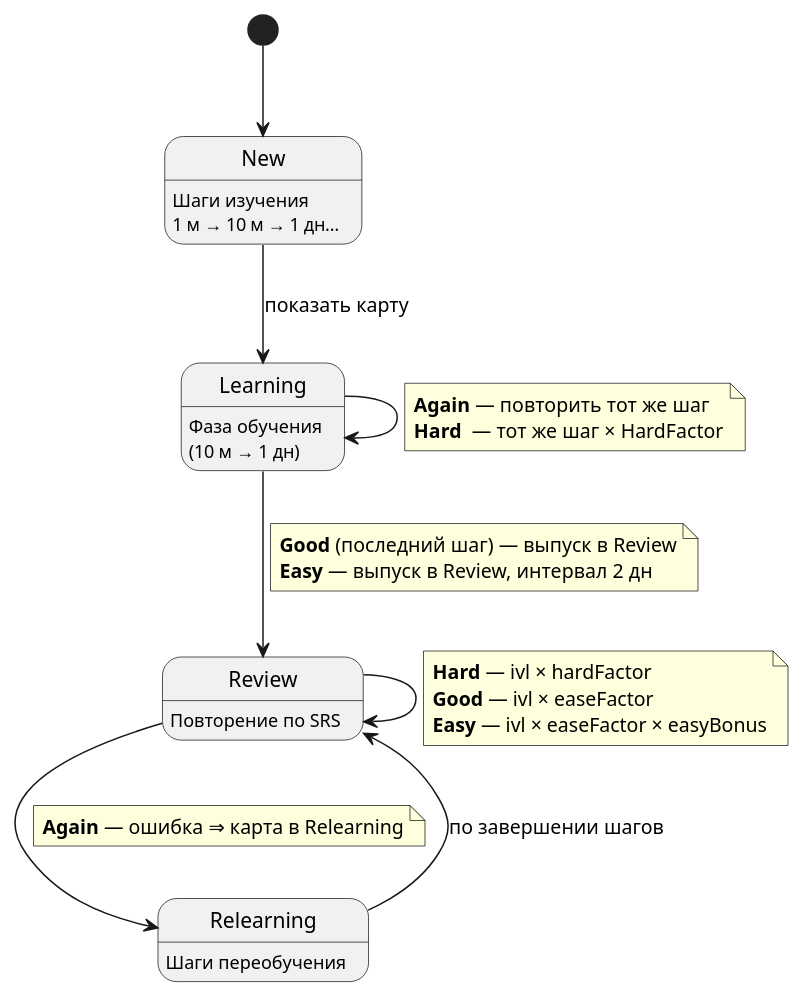
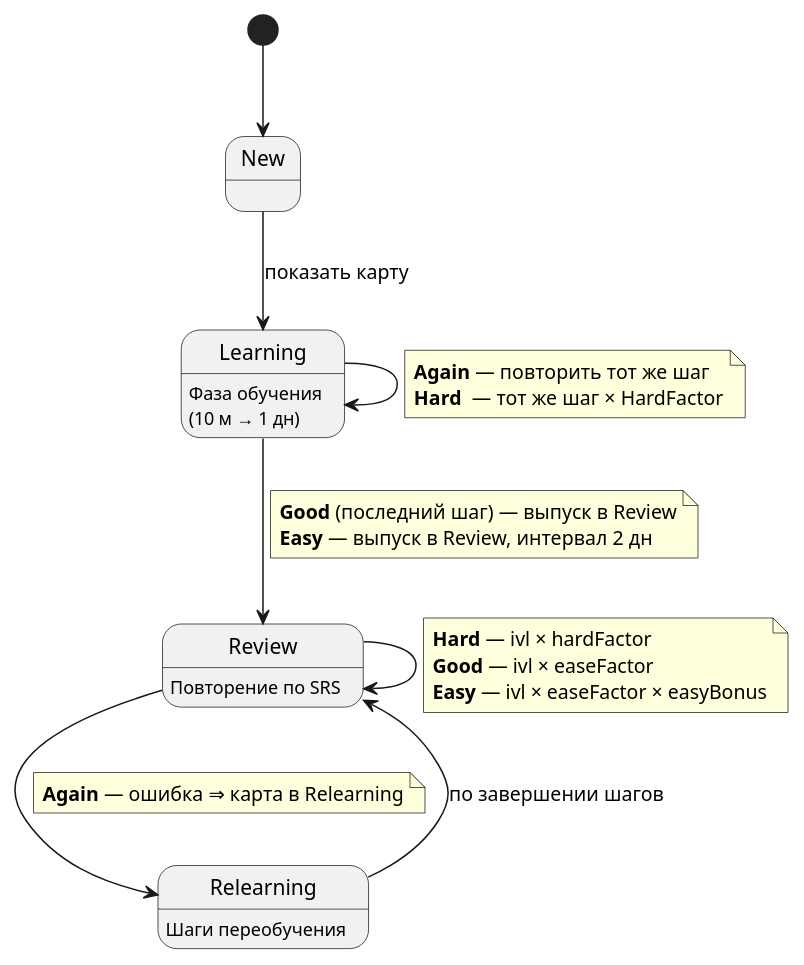
One commit to darik-cell/diplom changed the first of 9 diagrams in flashcards/dgrm.puml. Above: the diagram before and after it, drawn with PlantUML. The commit also changed 8 other files, not shown here.

```diff
--- a/flashcards/dgrm.puml
+++ b/flashcards/dgrm.puml
@@ -1,53 +1,52 @@
 @startuml
 !pragma layout smetana                       ' горизонтальная ориентация
 
 '‑‑‑ Цвета состояний
 skinparam state<<New>>        BackgroundColor LightBlue
 skinparam state<<Learning>>   BackgroundColor LightYellow
 skinparam state<<Review>>     BackgroundColor LightGreen
 skinparam state<<Relearning>> BackgroundColor LightSalmon
 
 [*] --> New
 
 state New <<New>>
-New : Шаги изучения\n1 м → 10 м → 1 дн…
 
 New --> Learning : показать карту
 
 state Learning <<Learning>>
 Learning : Фаза обучения\n(10 м → 1 дн)
 
 ' ——— переходы внутри Learning ———
 Learning --> Learning
 note on link
   **Again** — повторить тот же шаг
   **Hard**  — тот же шаг × HardFactor
 end note
 
 Learning --> Review
 note on link
   **Good** (последний шаг) — выпуск в Review
   **Easy** — выпуск в Review, интервал 2 дн
 end note
 
 state Review <<Review>>
 Review : Повторение по SRS
 
 ' ——— переходы внутри Review ———
 Review --> Review
 note on link
   **Hard** — ivl × hardFactor
   **Good** — ivl × easeFactor
   **Easy** — ivl × easeFactor × easyBonus
 end note
 
 Review --> Relearning
 note on link
   **Again** — ошибка ⇒ карта в Relearning
 end note
 
 state Relearning <<Relearning>>
 Relearning : Шаги переобучения
 
 Relearning --> Review : по завершении шагов
 @enduml
```
